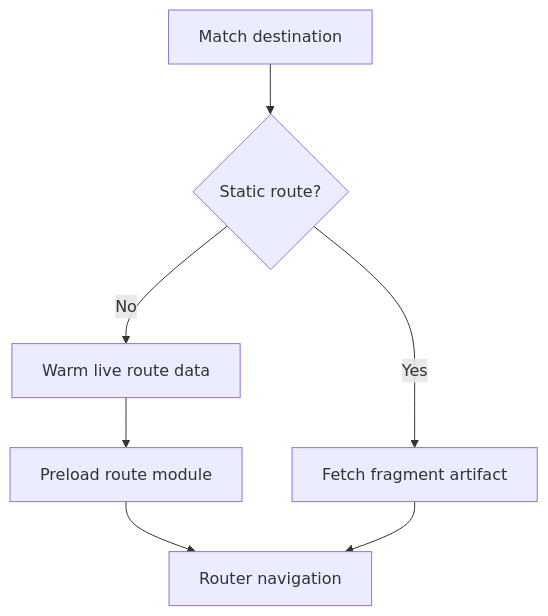
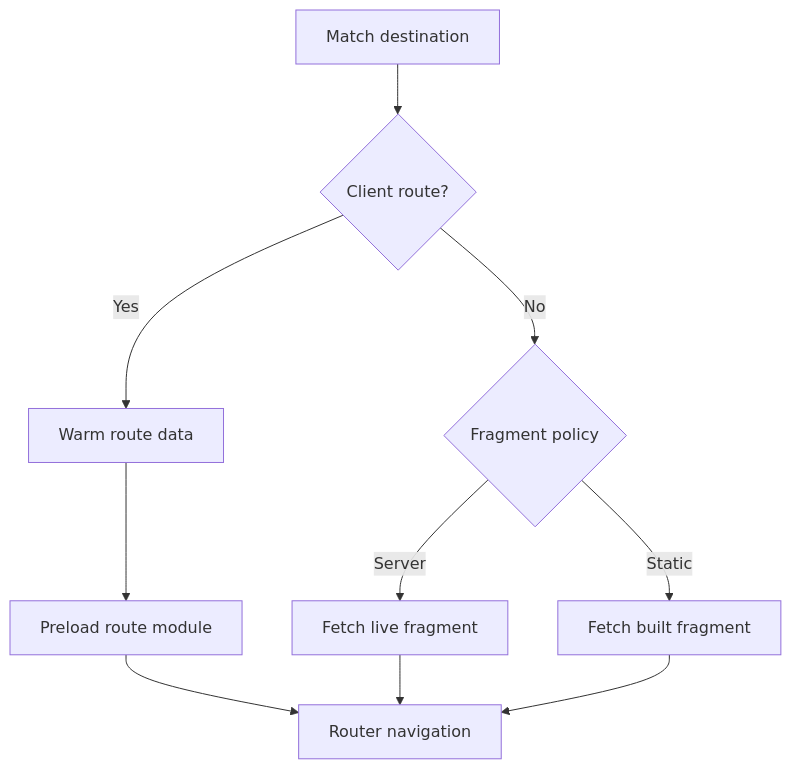
Before and after one commit to aleclarson/flamefront: the second of 2 diagrams in design/lifecycles.md, drawn with Mermaid. The commit also changed other lines of this file and 7 other files, not shown here.

Commit message:
docs(flamefront): document route fragment architecture

````diff
--- a/design/lifecycles.md
+++ b/design/lifecycles.md
@@ -87,16 +87,21 @@
 ```mermaid
 flowchart TD
   Match[Match destination]
-  Kind{Static route?}
-  LiveData[Warm live route data]
+  Kind{Client route?}
+  LiveData[Warm route data]
   Module[Preload route module]
-  Fragment[Fetch fragment artifact]
+  Policy{Fragment policy}
+  Server[Fetch live fragment]
+  Static[Fetch built fragment]
   Navigate[Router navigation]
 
   Match --> Kind
-  Kind -- No --> LiveData
+  Kind -- Yes --> LiveData
   LiveData --> Module
-  Kind -- Yes --> Fragment
+  Kind -- No --> Policy
+  Policy -- Server --> Server
+  Policy -- Static --> Static
   Module --> Navigate
-  Fragment --> Navigate
+  Server --> Navigate
+  Static --> Navigate
 ```
````
